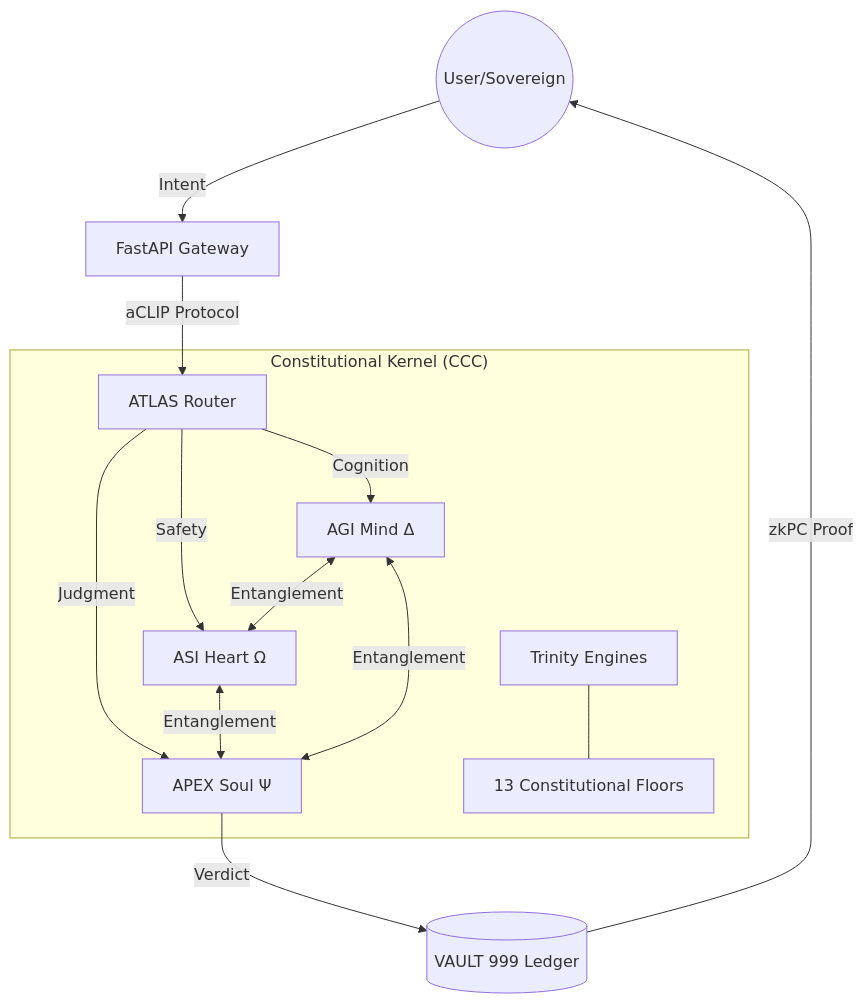
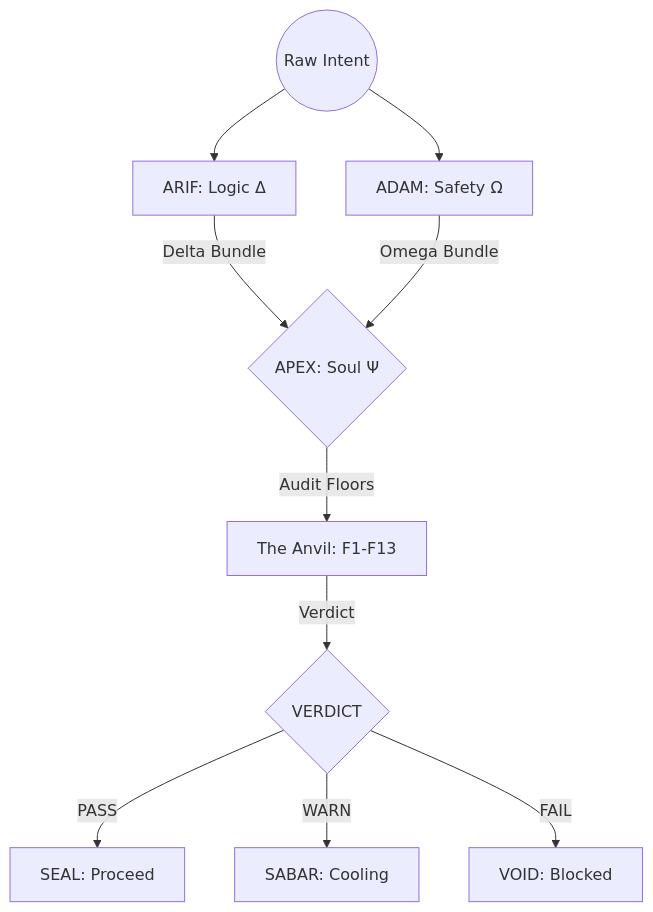
Before and after one commit to ariffazil/arifos: the first of 3 diagrams in README.md, drawn with Mermaid. The commit also changed other lines of this file and 1 other file, not shown here.

Commit message:
docs: forge final canonical README with Trinity visual and PDF reference

````diff
--- a/README.md
+++ b/README.md
@@ -38,20 +43,15 @@
 ```mermaid
 graph TD
-    User((User/Sovereign)) -->|Intent| API[FastAPI Gateway]
-    API -->|aCLIP Protocol| ROUTER[ATLAS Router]
+    Input((Raw Intent)) --> ARIF[ARIF: Logic Δ]
+    Input --> ADAM[ADAM: Safety Ω]
     
-    subgraph "Constitutional Kernel (CCC)"
-        ROUTER -->|Cognition| AGI[AGI Mind Δ]
-        ROUTER -->|Safety| ASI[ASI Heart Ω]
-        ROUTER -->|Judgment| APEX[APEX Soul Ψ]
-        
-        AGI <-->|Entanglement| ASI
-        ASI <-->|Entanglement| APEX
-        APEX <-->|Entanglement| AGI
-        
-        TRINITY[Trinity Engines] --- FLOORS[13 Constitutional Floors]
-    end
+    ARIF -->|Delta Bundle| APEX{APEX: Soul Ψ}
+    ADAM -->|Omega Bundle| APEX
     
-    APEX -->|Verdict| VAULT[(VAULT 999 Ledger)]
-    VAULT -->|zkPC Proof| User
+    APEX -->|Audit Floors| ANVIL[The Anvil: F1-F13]
+    ANVIL -->|Verdict| DECISION{VERDICT}
+    
+    DECISION -->|PASS| SEAL[SEAL: Proceed]
+    DECISION -->|WARN| SABAR[SABAR: Cooling]
+    DECISION -->|FAIL| VOID[VOID: Blocked]
 ```
````
